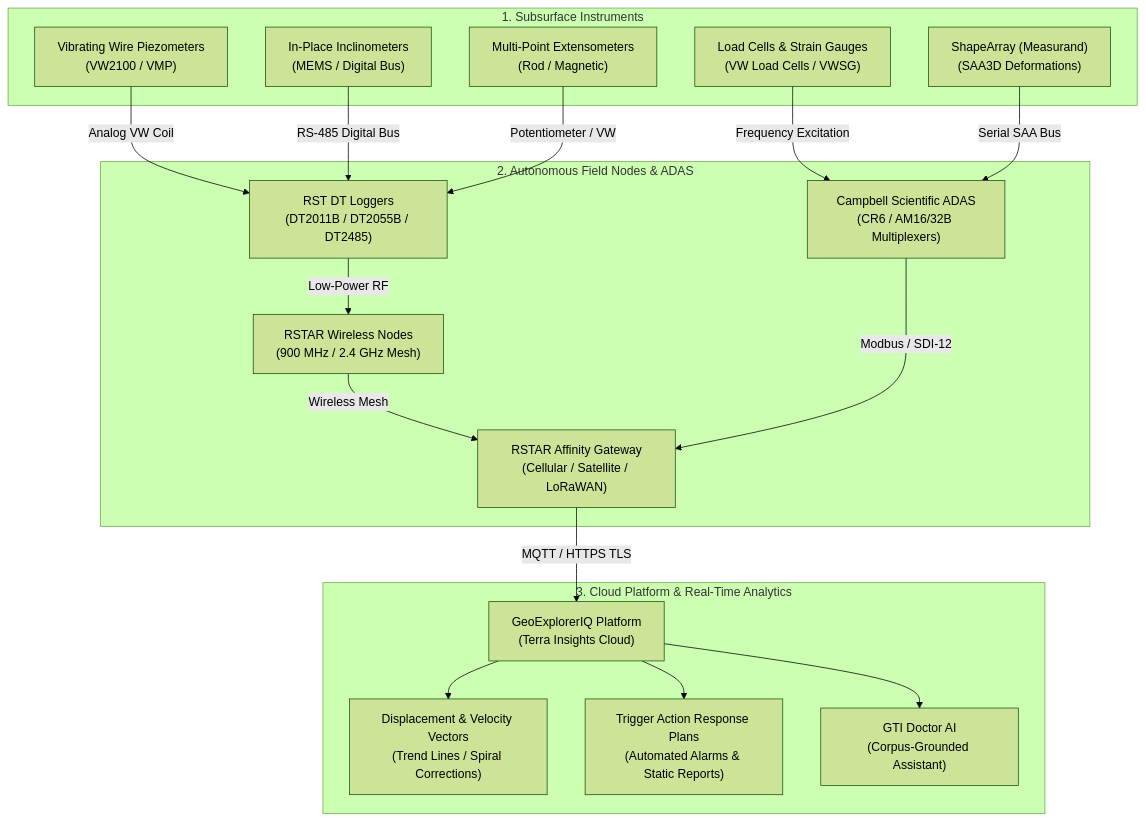
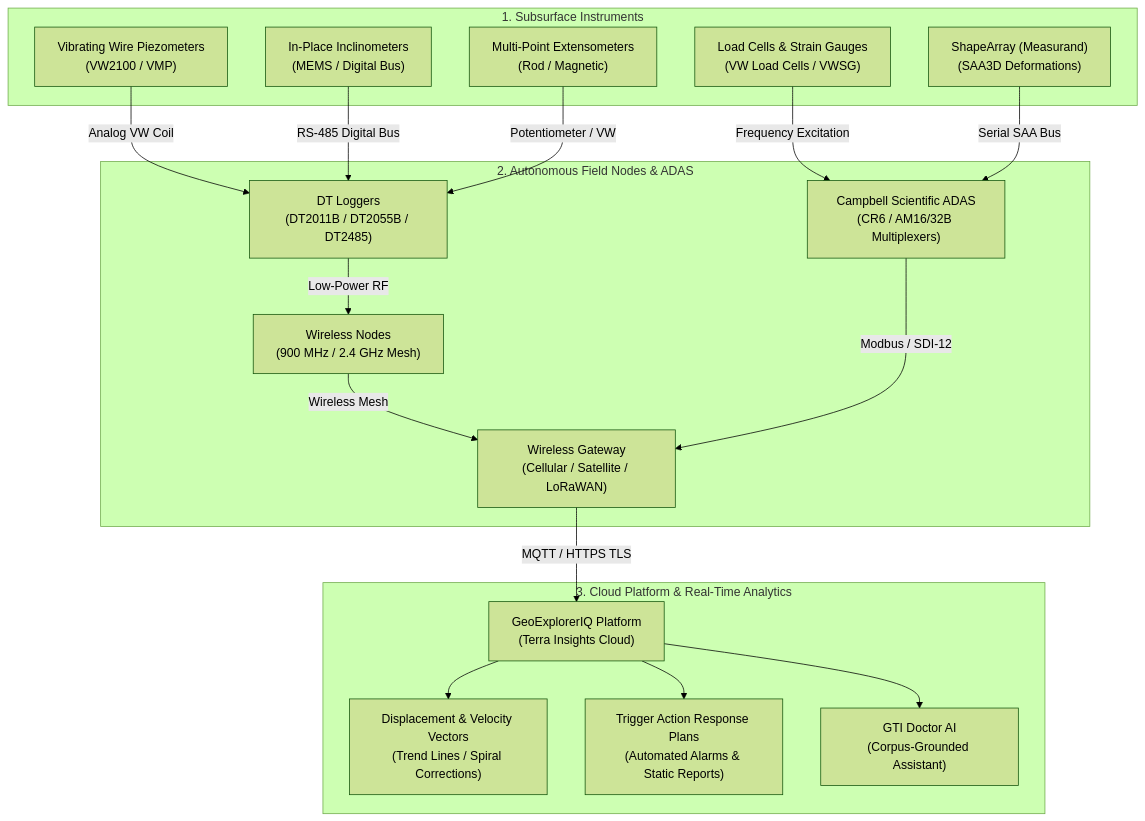
The diagram in docs/visualizer.md (geoinst/geoinst.github.io), drawn with Mermaid (forest theme) before and after one commit. The commit also changed other lines of this file and 135 other files, not shown here.

````diff
--- a/docs/visualizer.md
+++ b/docs/visualizer.md
@@ -226,39 +226,39 @@
 ```mermaid
 graph TD
     subgraph Subsurface_Sensors["1. Subsurface Instruments"]
         VWP["Vibrating Wire Piezometers<br/>(VW2100 / VMP)"]
         IPI["In-Place Inclinometers<br/>(MEMS / Digital Bus)"]
         MPBX["Multi-Point Extensometers<br/>(Rod / Magnetic)"]
         LC["Load Cells & Strain Gauges<br/>(VW Load Cells / VWSG)"]
         SAA["ShapeArray (Measurand)<br/>(SAA3D Deformations)"]
     end
 
     subgraph Field_Logging_Telemetry["2. Autonomous Field Nodes & ADAS"]
-        DT["RST DT Loggers<br/>(DT2011B / DT2055B / DT2485)"]
-        L900["RSTAR Wireless Nodes<br/>(900 MHz / 2.4 GHz Mesh)"]
+        DT["DT Loggers<br/>(DT2011B / DT2055B / DT2485)"]
+        L900["Wireless Nodes<br/>(900 MHz / 2.4 GHz Mesh)"]
         CR6["Campbell Scientific ADAS<br/>(CR6 / AM16/32B Multiplexers)"]
-        HUB["RSTAR Affinity Gateway<br/>(Cellular / Satellite / LoRaWAN)"]
+        HUB["Wireless Gateway<br/>(Cellular / Satellite / LoRaWAN)"]
     end
 
     subgraph Cloud_Intelligence["3. Cloud Platform & Real-Time Analytics"]
         GEO["GeoExplorerIQ Platform<br/>(Terra Insights Cloud)"]
         CALC["Displacement & Velocity Vectors<br/>(Trend Lines / Spiral Corrections)"]
         TARP["Trigger Action Response Plans<br/>(Automated Alarms & Static Reports)"]
         GTI["GTI Doctor AI<br/>(Corpus-Grounded Assistant)"]
     end
 
     VWP -->|Analog VW Coil| DT
     IPI -->|RS-485 Digital Bus| DT
     MPBX -->|Potentiometer / VW| DT
     LC -->|Frequency Excitation| CR6
     SAA -->|Serial SAA Bus| CR6
 
     DT -->|Low-Power RF| L900
     L900 -->|Wireless Mesh| HUB
     CR6 -->|Modbus / SDI-12| HUB
     
     HUB -->|MQTT / HTTPS TLS| GEO
     GEO --> CALC
     GEO --> TARP
     GEO --> GTI
 ```
````
